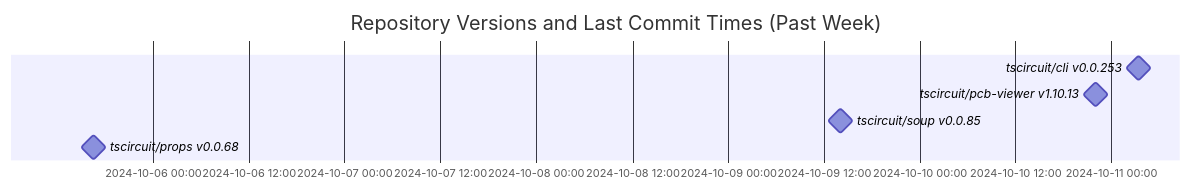
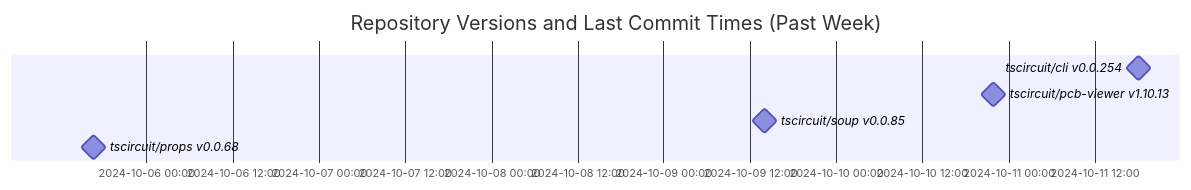
The diagram in README.md (tscircuit/version-tracker), drawn with Mermaid before and after one commit.

Commit message:
Update chart

````diff
--- a/README.md
+++ b/README.md
@@ -1,11 +1,11 @@
 ```mermaid
 gantt
   dateFormat  YYYY-MM-DD HH:mm:ss
   title Repository Versions and Last Commit Times (Past Week)
   axisFormat %Y-%m-%d %H:%M
 
-  tscircuit/cli v0.0.253 : milestone, 2024-10-11 03:23:39, 1s
+  tscircuit/cli v0.0.254 : milestone, 2024-10-11 18:09:20, 1s
   tscircuit/pcb-viewer v1.10.13 : milestone, 2024-10-10 21:59:08, 1s
   tscircuit/soup v0.0.85 : milestone, 2024-10-09 14:03:06, 1s
   tscircuit/props v0.0.68 : milestone, 2024-10-05 16:34:46, 1s
 ```
````
